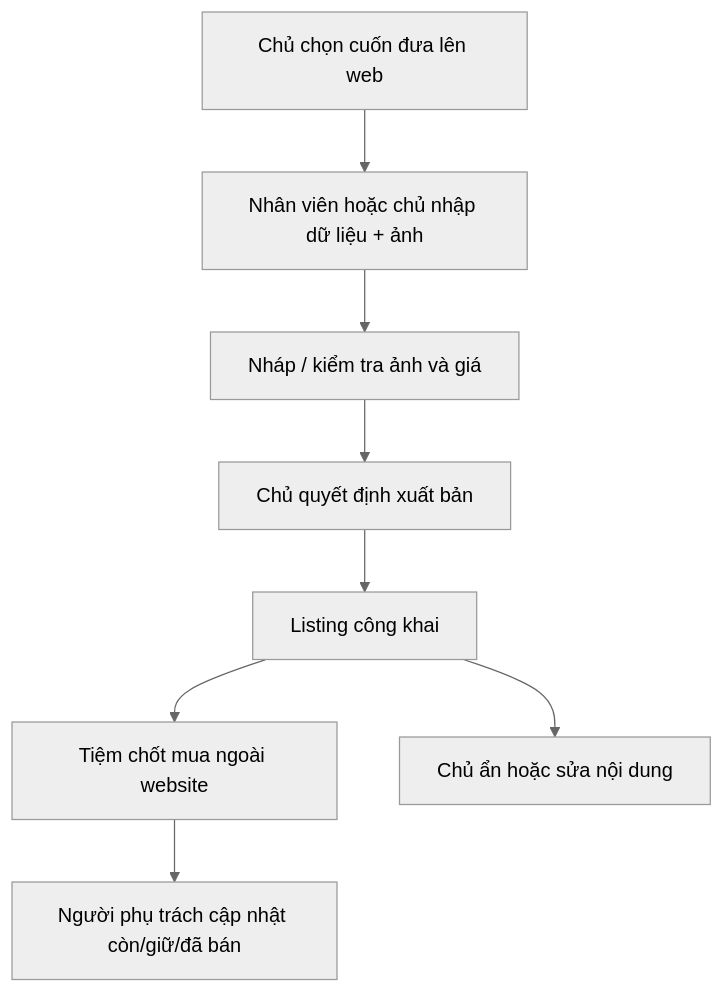
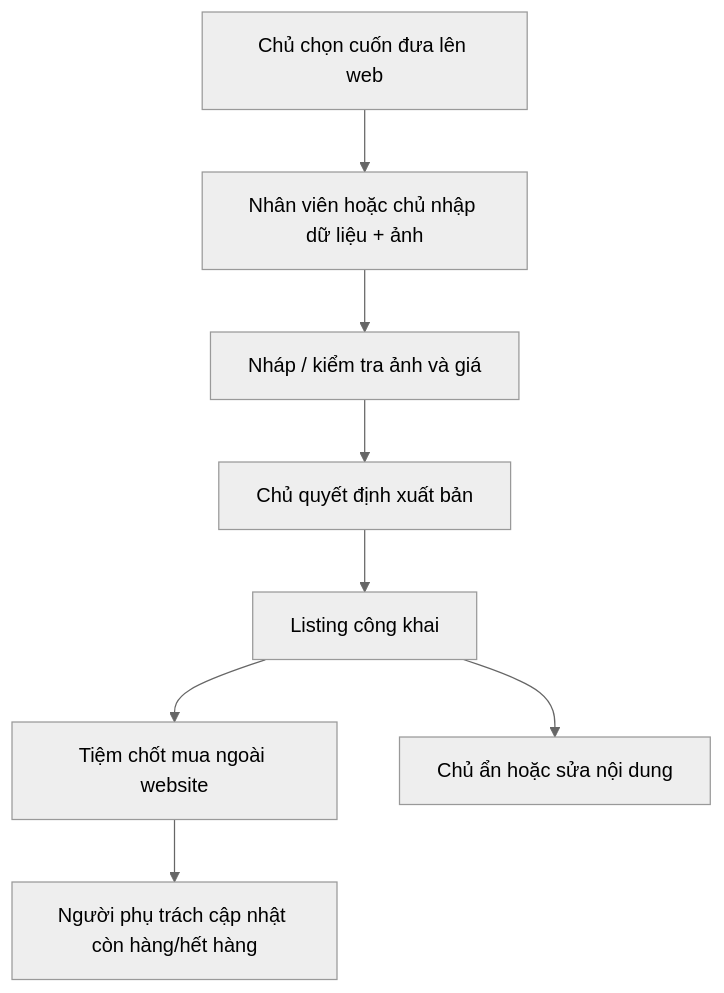
Before and after one commit to nanashi-vie/me-may: the second of 4 diagrams in docs/MASTER_PLAN.md, drawn with Mermaid (neutral theme). The commit also changed other lines of this file and 8 other files, not shown here.

````diff
--- a/docs/MASTER_PLAN.md
+++ b/docs/MASTER_PLAN.md
@@ -95,10 +99,10 @@
 ```mermaid
 flowchart TD
   A[Chủ chọn cuốn đưa lên web] --> B[Nhân viên hoặc chủ nhập dữ liệu + ảnh]
   B --> C[Nháp / kiểm tra ảnh và giá]
   C --> D[Chủ quyết định xuất bản]
   D --> E[Listing công khai]
   E --> F[Tiệm chốt mua ngoài website]
-  F --> G[Người phụ trách cập nhật còn/giữ/đã bán]
+  F --> G[Người phụ trách cập nhật còn hàng/hết hàng]
   E --> H[Chủ ẩn hoặc sửa nội dung]
 ```
````
